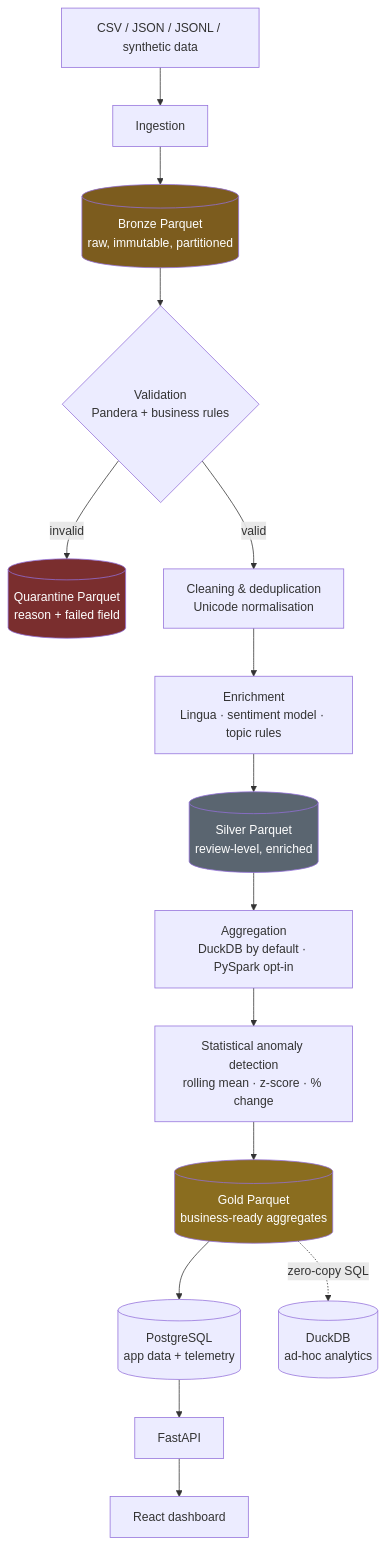
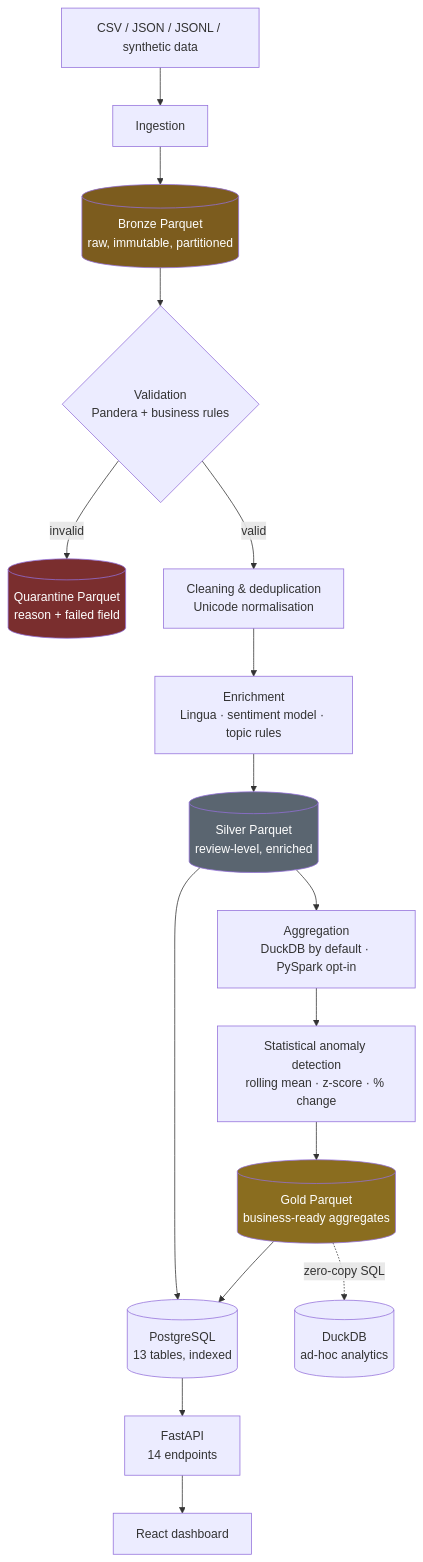
One commit to BlackDranzer777/pensieve changed the diagram in README.md. Above: the diagram before and after it, drawn with Mermaid. The commit also changed other lines of this file and 44 other files, not shown here.

````diff
--- a/README.md
+++ b/README.md
@@ -95,22 +103,23 @@
 ```mermaid
 flowchart TD
     A["CSV / JSON / JSONL / synthetic data"] --> B["Ingestion"]
     B --> C[("Bronze Parquet<br/>raw, immutable, partitioned")]
     C --> D{"Validation<br/>Pandera + business rules"}
     D -->|invalid| Q[("Quarantine Parquet<br/>reason + failed field")]
     D -->|valid| E["Cleaning & deduplication<br/>Unicode normalisation"]
     E --> F["Enrichment<br/>Lingua · sentiment model · topic rules"]
     F --> G[("Silver Parquet<br/>review-level, enriched")]
     G --> H["Aggregation<br/>DuckDB by default · PySpark opt-in"]
     H --> I["Statistical anomaly detection<br/>rolling mean · z-score · % change"]
     I --> J[("Gold Parquet<br/>business-ready aggregates")]
-    J --> K[("PostgreSQL<br/>app data + telemetry")]
+    G --> K
+    J --> K[("PostgreSQL<br/>13 tables, indexed")]
     J -.->|zero-copy SQL| L[("DuckDB<br/>ad-hoc analytics")]
-    K --> M["FastAPI"]
+    K --> M["FastAPI<br/>14 endpoints"]
     M --> N["React dashboard"]
 
     style C fill:#7c5c1e,color:#fff
     style G fill:#5a6570,color:#fff
     style J fill:#8a6d1f,color:#fff
     style Q fill:#7a2e2e,color:#fff
 ```
````
